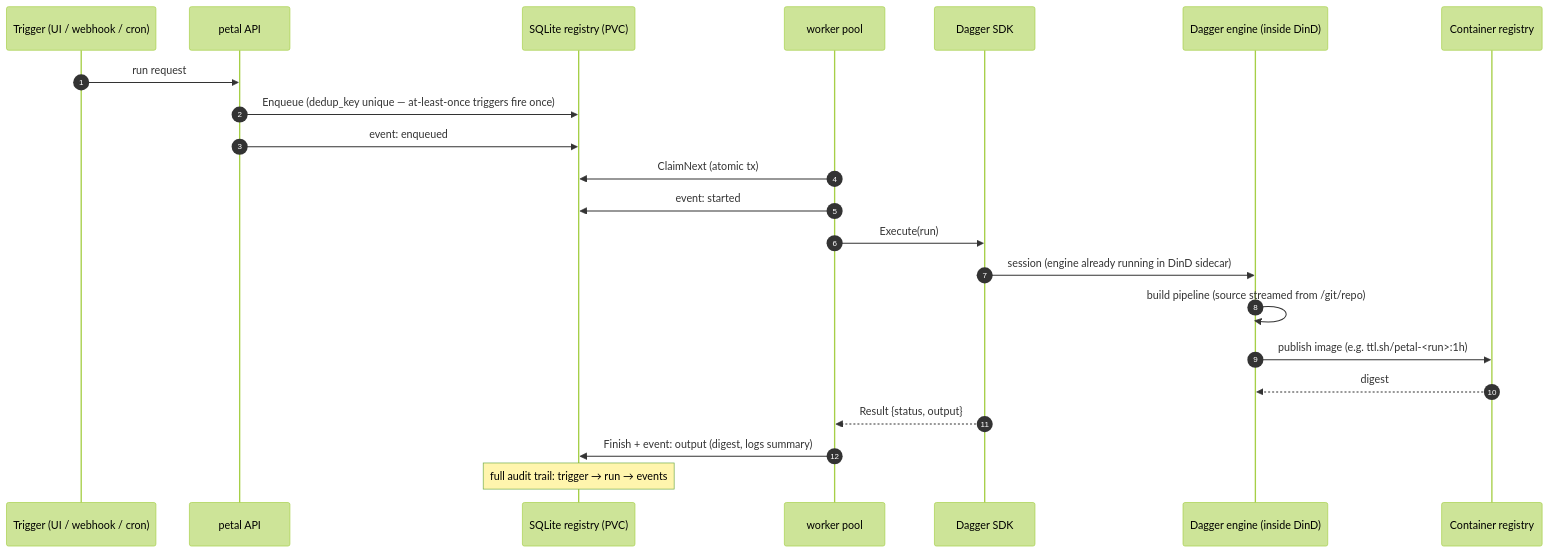
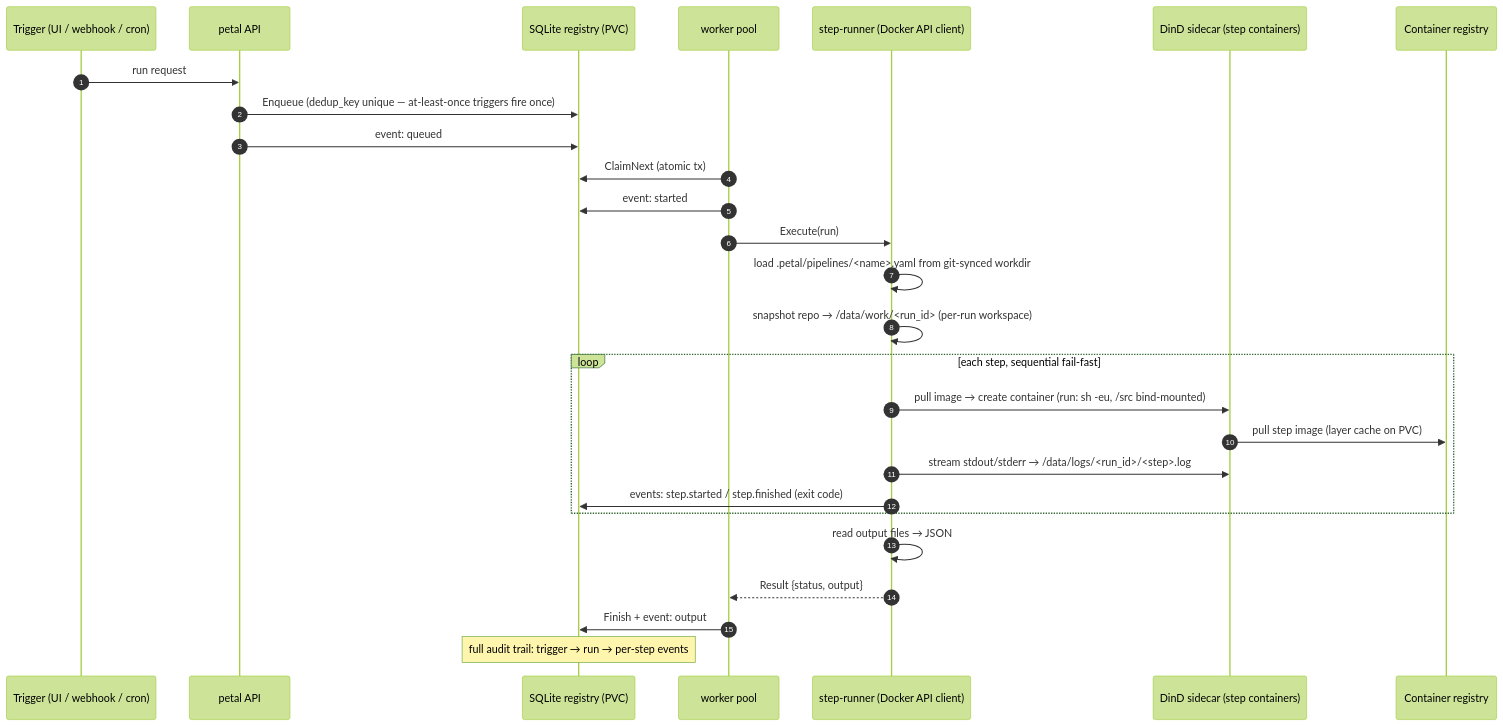
One commit to Blacklotus89898/Homelab changed the fifth of 8 diagrams in docs/architecture.md. Above: the diagram before and after it, drawn with Mermaid (forest theme). The commit also changed other lines of this file and 3 other files, not shown here.

First line of the commit message:
feat(petal): switch deployment to step-runner executor, drop Dagger engine pre-pull

````diff
--- a/docs/architecture.md
+++ b/docs/architecture.md
@@ -172,25 +173,30 @@
 ```mermaid
 sequenceDiagram
   autonumber
   participant T as Trigger (UI / webhook / cron)
   participant API as petal API
   participant DB as SQLite registry (PVC)
   participant Pool as worker pool
-  participant SDK as Dagger SDK
-  participant E as Dagger engine (inside DinD)
+  participant SR as step-runner (Docker API client)
+  participant D as DinD sidecar (step containers)
   participant Reg as Container registry
 
   T->>API: run request
   API->>DB: Enqueue (dedup_key unique — at-least-once triggers fire once)
-  API->>DB: event: enqueued
+  API->>DB: event: queued
   Pool->>DB: ClaimNext (atomic tx)
   Pool->>DB: event: started
-  Pool->>SDK: Execute(run)
-  SDK->>E: session (engine already running in DinD sidecar)
-  E->>E: build pipeline (source streamed from /git/repo)
-  E->>Reg: publish image (e.g. ttl.sh/petal-<run>:1h)
-  Reg-->>E: digest
-  SDK-->>Pool: Result {status, output}
-  Pool->>DB: Finish + event: output (digest, logs summary)
-  Note over DB: full audit trail: trigger → run → events
+  Pool->>SR: Execute(run)
+  SR->>SR: load .petal/pipelines/<name>.yaml from git-synced workdir
+  SR->>SR: snapshot repo → /data/work/<run_id> (per-run workspace)
+  loop each step, sequential fail-fast
+    SR->>D: pull image → create container (run: sh -eu, /src bind-mounted)
+    D->>Reg: pull step image (layer cache on PVC)
+    SR->>D: stream stdout/stderr → /data/logs/<run_id>/<step>.log
+    SR->>DB: events: step.started / step.finished (exit code)
+  end
+  SR->>SR: read output files → JSON
+  SR-->>Pool: Result {status, output}
+  Pool->>DB: Finish + event: output
+  Note over DB: full audit trail: trigger → run → per-step events
 ```
````
